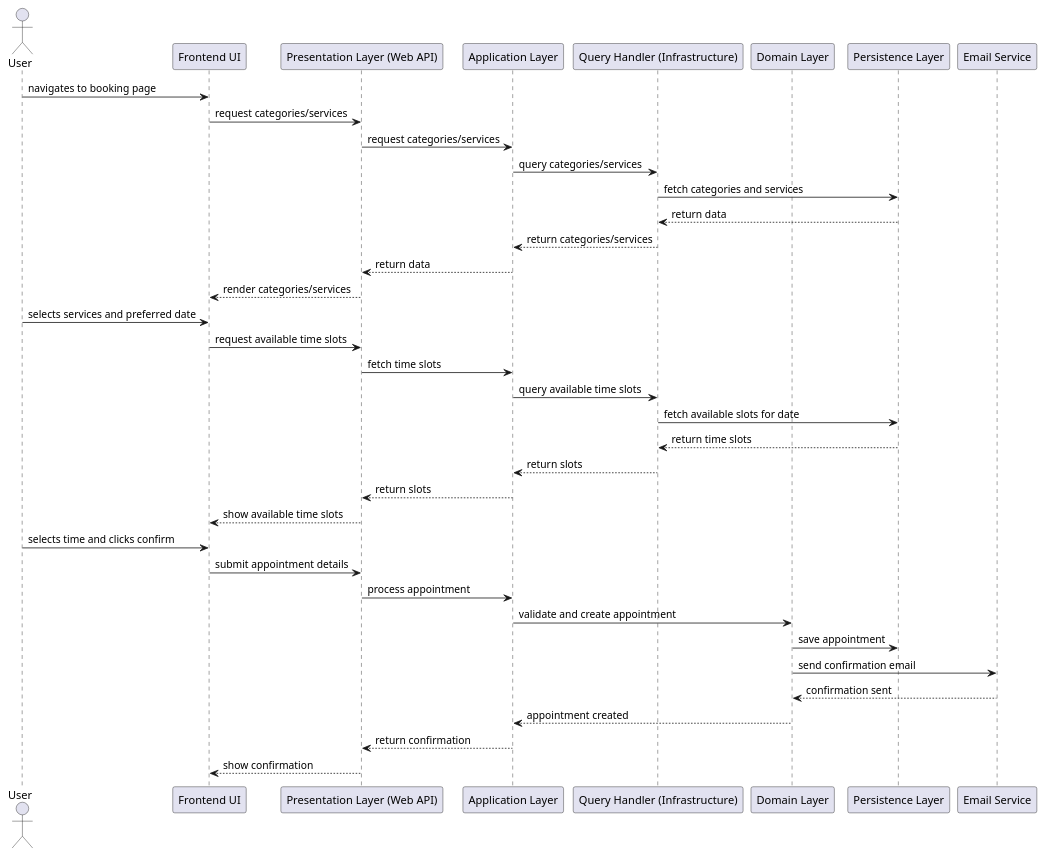
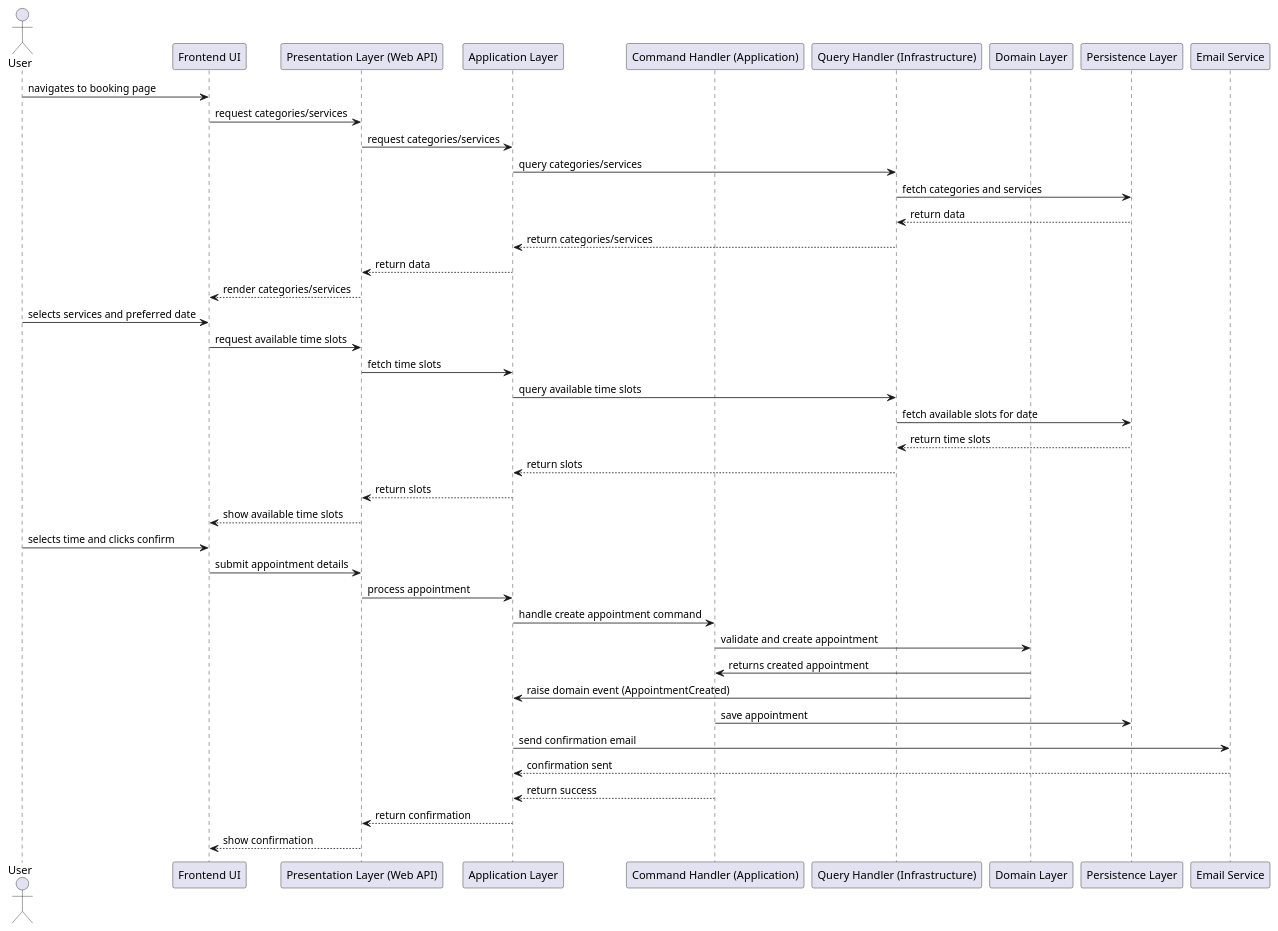
Before and after one commit to Glow-Nest/backend: the diagram in Documentation/Sequence Diagrams/CreateAppointment Abstract Sequence Diagram.puml, drawn with PlantUML. The commit also changed 12 other files, not shown here.

Commit message:
Added diagrams

```diff
--- a/Documentation/Sequence Diagrams/CreateAppointment Abstract Sequence Diagram.puml
+++ b/Documentation/Sequence Diagrams/CreateAppointment Abstract Sequence Diagram.puml
@@ -1,44 +1,48 @@
 @startuml
 actor User
 participant "Frontend UI" as UI
 participant "Presentation Layer (Web API)" as API
 participant "Application Layer" as App
+participant "Command Handler (Application)" as Command
 participant "Query Handler (Infrastructure)" as Query
 participant "Domain Layer" as Domain
 participant "Persistence Layer" as DB
 participant "Email Service" as Email
 
 '--- Booking page ---
 User -> UI : navigates to booking page
 UI -> API : request categories/services
 API -> App : request categories/services
 App -> Query : query categories/services
 Query -> DB : fetch categories and services
 DB --> Query : return data
 Query --> App : return categories/services
 App --> API : return data
 API --> UI : render categories/services
 
 '--- Time slot selection ---
 User -> UI : selects services and preferred date
 UI -> API : request available time slots
 API -> App : fetch time slots
 App -> Query : query available time slots
 Query -> DB : fetch available slots for date
 DB --> Query : return time slots
 Query --> App : return slots
 App --> API : return slots
 API --> UI : show available time slots
 
 '--- Appointment creation ---
 User -> UI : selects time and clicks confirm
 UI -> API : submit appointment details
 API -> App : process appointment
-App -> Domain : validate and create appointment
-Domain -> DB : save appointment
-Domain -> Email : send confirmation email
-Email --> Domain : confirmation sent
-Domain --> App : appointment created
+App -> Command : handle create appointment command
+Command -> Domain : validate and create appointment
+Domain -> Command: returns created appointment
+Domain -> App : raise domain event (AppointmentCreated)
+Command -> DB : save appointment
+App -> Email : send confirmation email
+Email --> App : confirmation sent
+Command --> App : return success
 App --> API : return confirmation
 API --> UI : show confirmation
 @enduml
```
